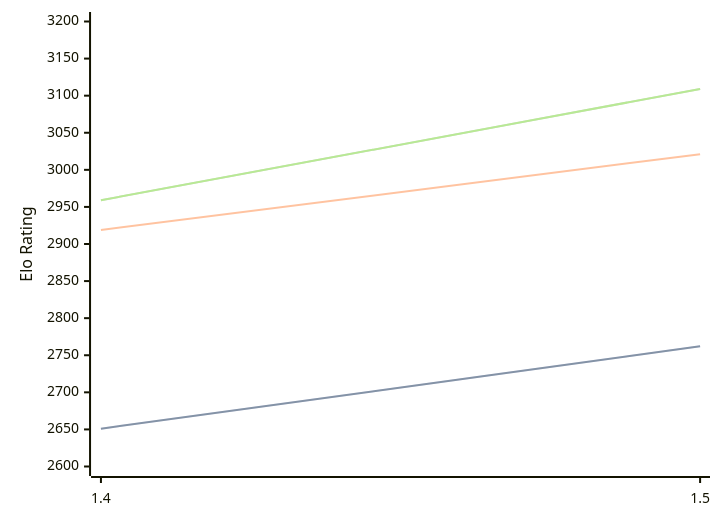
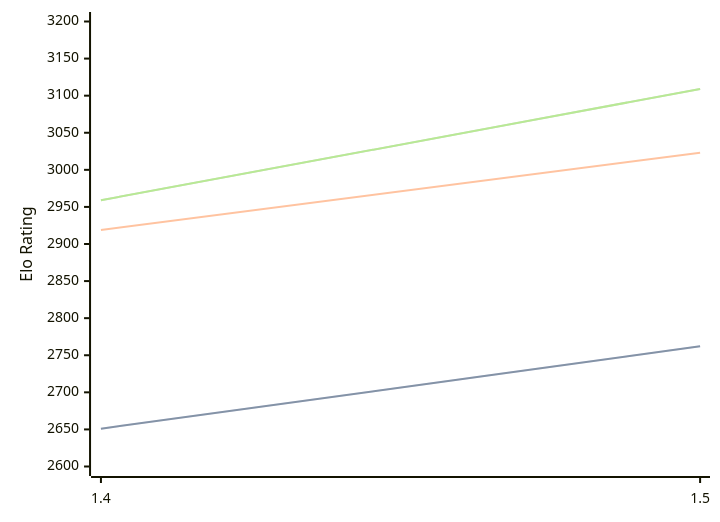
The diagram in engines/Yakka.md (computer-chess-index/cci), drawn with Mermaid before and after one commit. The commit also changed other lines of this file, not shown here.

````diff
--- a/engines/Yakka.md
+++ b/engines/Yakka.md
@@ -32,11 +32,11 @@
 ```mermaid
 %%{init: {"theme":"base","themeVariables":{"seriesColors:['#a3a3a3','#222221','#faa371']}}}%%
 xychart-beta
   x-axis ["1.4", "1.5"]
   y-axis "Elo Rating" 2600 --> 3200
   line "" [2651, 2762]
   line "STC (8.0+0.08s)" [2651, 2762]
-  line "LTC (60.0+0.60s)" [2919, 3021]
+  line "LTC (60.0+0.60s)" [2919, 3023]
   line "" [2959, 3109]
   line "VLTC (2m24s+1.12s)" [2959, 3109]
 ```
````
